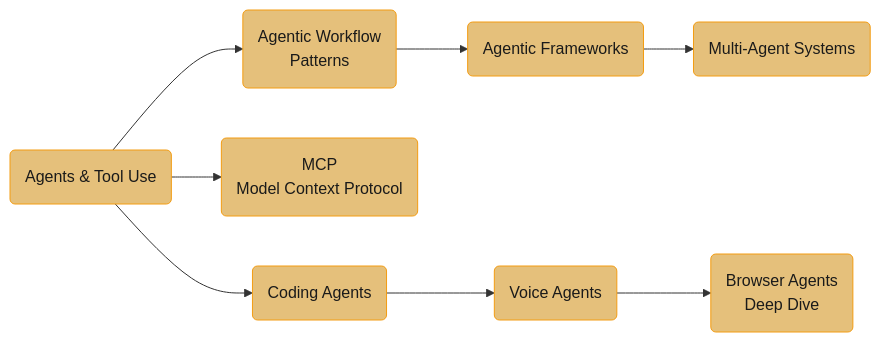
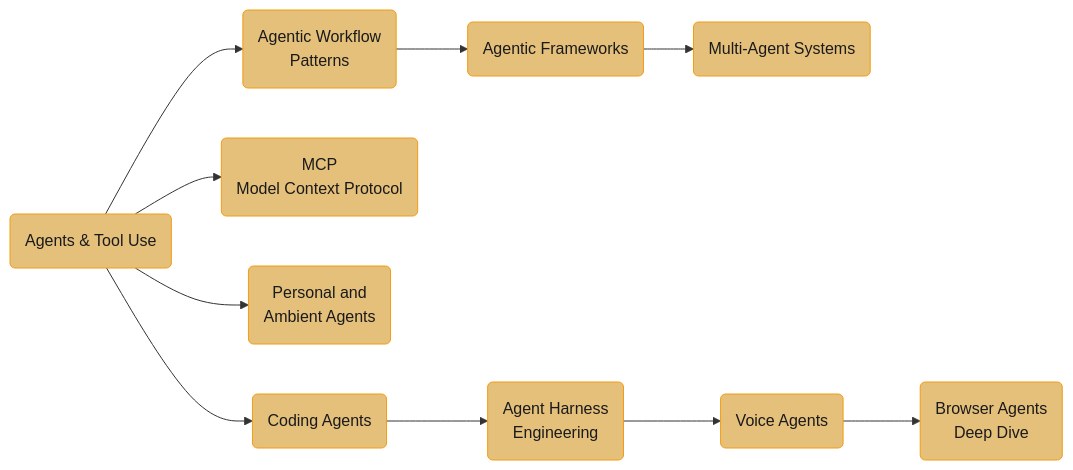
The diagram in src/main/java/com/rutik/systemdesign/llm/README.md (rppol/system-design), drawn with Mermaid before and after one commit. The commit also changed other lines of this file and 54 other files, not shown here.

First line of the commit message:
feat(llm): harness engineering, personal agents, four deep dives, two case studies

````diff
--- a/src/main/java/com/rutik/systemdesign/llm/README.md
+++ b/src/main/java/com/rutik/systemdesign/llm/README.md
@@ -282,10 +300,11 @@
 ```mermaid
 flowchart LR
     classDef base fill:#e5c07b,stroke:#f39c12,color:#1a1a1a
 
     atu(Agents & Tool Use) --> awp(Agentic Workflow<br/>Patterns) --> af(Agentic Frameworks) --> mas(Multi-Agent Systems)
     atu --> mcp(MCP<br/>Model Context Protocol)
-    atu --> ca(Coding Agents) --> va(Voice Agents) --> bad(Browser Agents<br/>Deep Dive)
+    atu --> pa(Personal and<br/>Ambient Agents)
+    atu --> ca(Coding Agents) --> hn(Agent Harness<br/>Engineering) --> va(Voice Agents) --> bad(Browser Agents<br/>Deep Dive)
 
-    class atu,awp,af,mas,mcp,ca,va,bad base
+    class atu,awp,af,mas,mcp,pa,ca,hn,va,bad base
 ```
````
